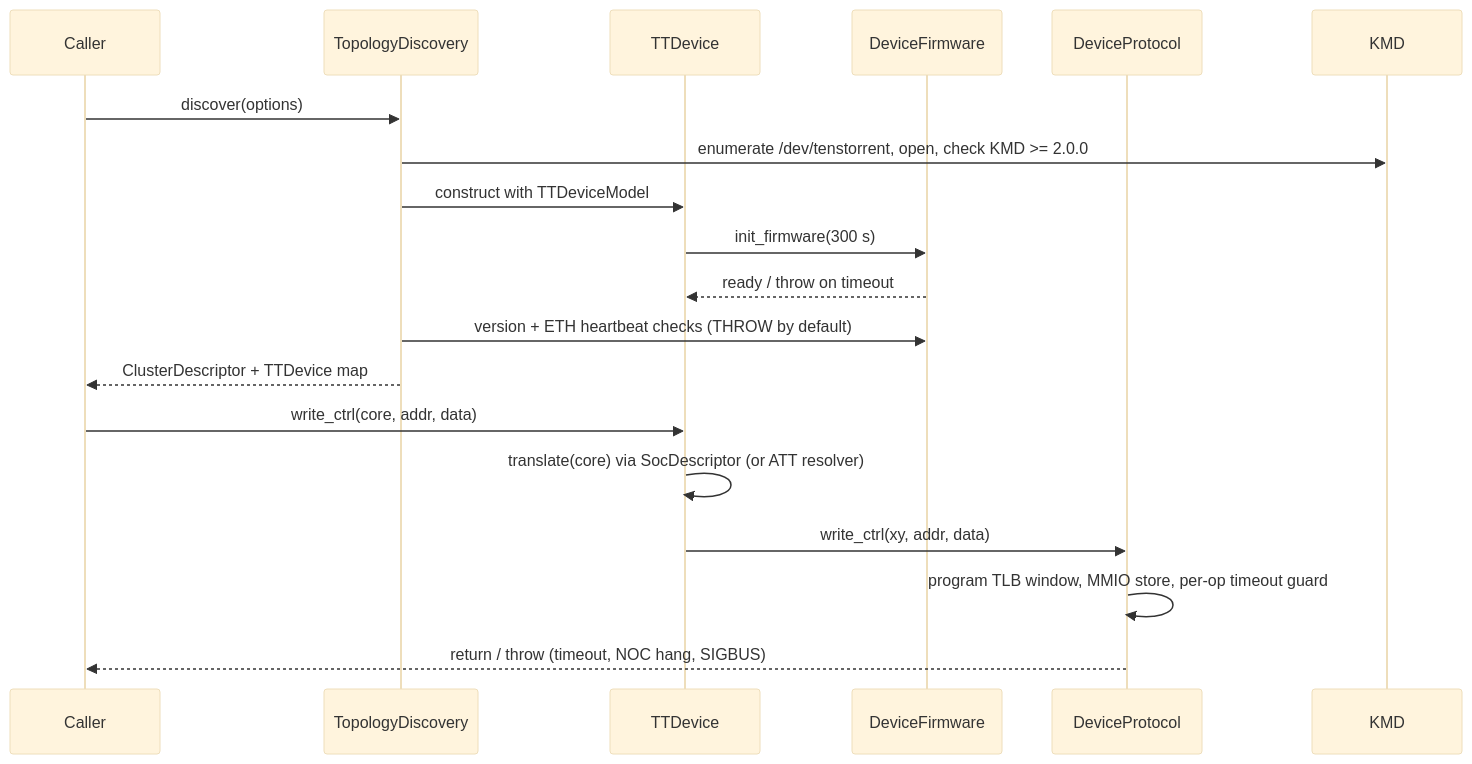
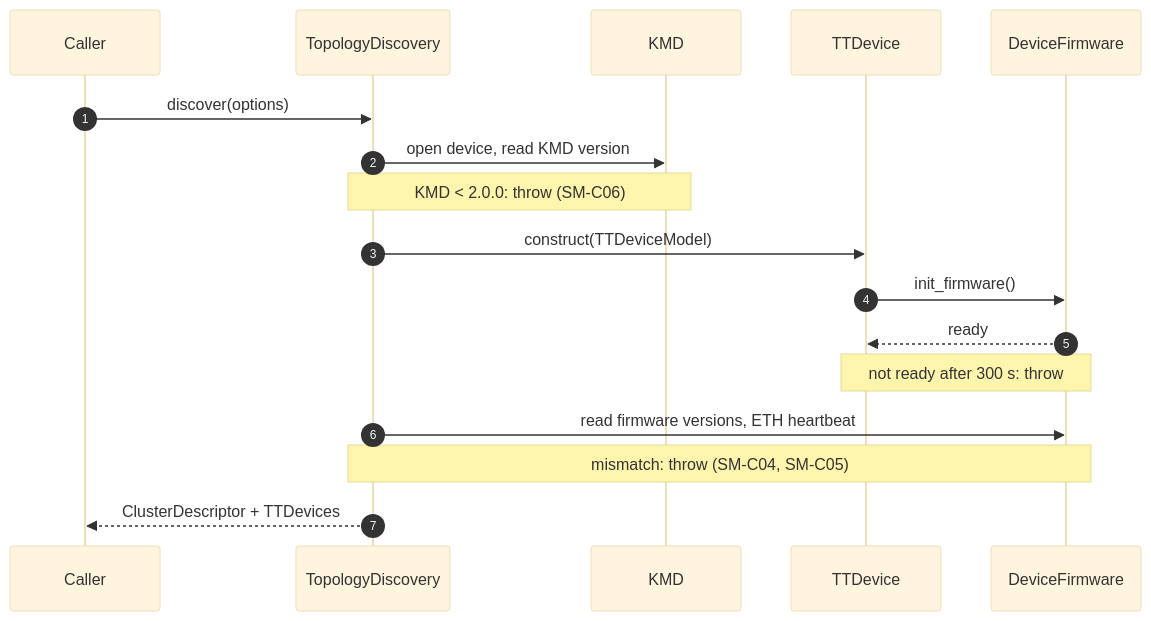
Before and after one commit to tenstorrent/tt-umd: the fourth of 5 diagrams in docs/safety/ISO26262-6_SW_Architecture_UMD.md, drawn with Mermaid (base theme). The commit also changed other lines of this file and 5 other files, not shown here.

Commit message:
Draft 0.2 SW Architecture

````diff
--- a/docs/safety/ISO26262-6_SW_Architecture_UMD.md
+++ b/docs/safety/ISO26262-6_SW_Architecture_UMD.md
@@ -338,21 +513,19 @@
 ```mermaid
 sequenceDiagram
-  participant App as Caller
+  autonumber
+  participant C as Caller
   participant TD as TopologyDiscovery
+  participant K as KMD
   participant TT as TTDevice
   participant FW as DeviceFirmware
-  participant DP as DeviceProtocol
-  participant K as KMD
-  App->>TD: discover(options)
-  TD->>K: enumerate /dev/tenstorrent, open, check KMD >= 2.0.0
-  TD->>TT: construct with TTDeviceModel
-  TT->>FW: init_firmware(300 s)
-  FW-->>TT: ready / throw on timeout
-  TD->>FW: version + ETH heartbeat checks (THROW by default)
-  TD-->>App: ClusterDescriptor + TTDevice map
-  App->>TT: write_ctrl(core, addr, data)
-  TT->>TT: translate(core) via SocDescriptor (or ATT resolver)
-  TT->>DP: write_ctrl(xy, addr, data)
-  DP->>DP: program TLB window, MMIO store, per-op timeout guard
-  DP-->>App: return / throw (timeout, NOC hang, SIGBUS)
+  C->>TD: discover(options)
+  TD->>K: open device, read KMD version
+  Note over TD,K: KMD < 2.0.0: throw (SM-C06)
+  TD->>TT: construct(TTDeviceModel)
+  TT->>FW: init_firmware()
+  FW-->>TT: ready
+  Note over TT,FW: not ready after 300 s: throw
+  TD->>FW: read firmware versions, ETH heartbeat
+  Note over TD,FW: mismatch: throw (SM-C04, SM-C05)
+  TD-->>C: ClusterDescriptor + TTDevices
 ```
````
